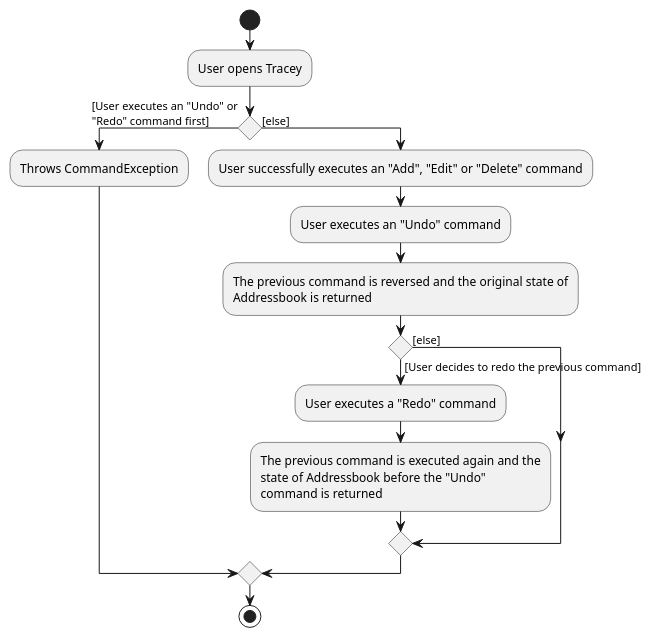
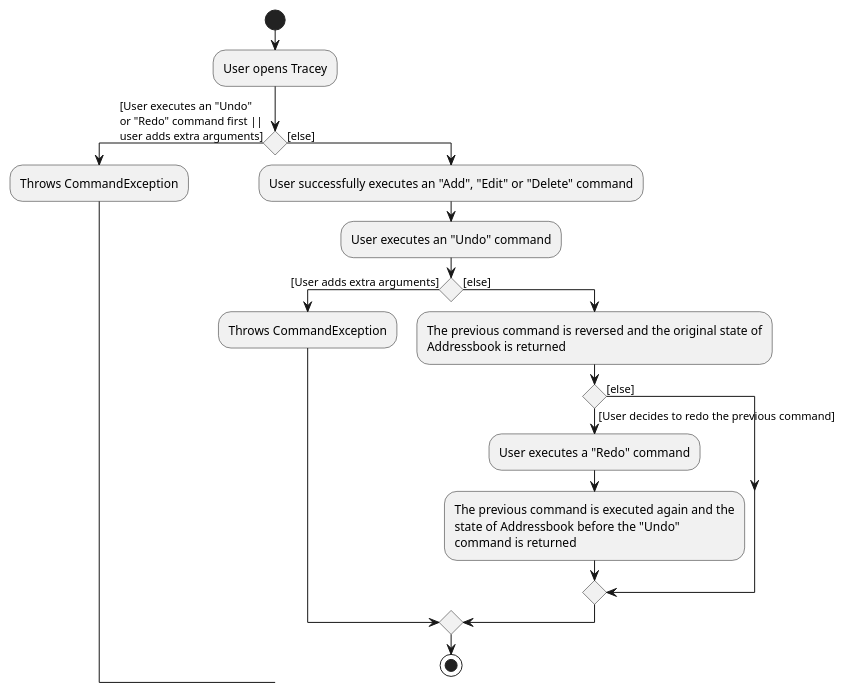
The diagram in docs/diagrams/UndoRedoFeatureActivityDiagram.puml (nus-cs2103-AY2122S2/tp), drawn with PlantUML before and after one commit. The commit also changed 5 other files, not shown here.

Commit message:
Update diagrams to reflect scenario of addition of extra parameters

```diff
--- a/docs/diagrams/UndoRedoFeatureActivityDiagram.puml
+++ b/docs/diagrams/UndoRedoFeatureActivityDiagram.puml
@@ -1,25 +1,29 @@
 @startuml
 'https://plantuml.com/activity-diagram-beta
 
 start
 :User opens Tracey;
 
-if () then ([User executes an "Undo" or
-"Redo" command first])
+if () then ([User executes an "Undo"
+or "Redo" command first ||
+user adds extra arguments])
     :Throws CommandException;
     else ([else])
     :User successfully executes an "Add", "Edit" or "Delete" command;
     :User executes an "Undo" command;
+    if () then ([User adds extra arguments])
+    :Throws CommandException;
+    else ([else])
     :The previous command is reversed and the original state of
     Addressbook is returned;
 
     if () then ([User decides to redo the previous command])
         :User executes a "Redo" command;
         :The previous command is executed again and the
         state of Addressbook before the "Undo"
         command is returned;
     else ([else])
    endif
 endif
 stop
 @enduml
```
